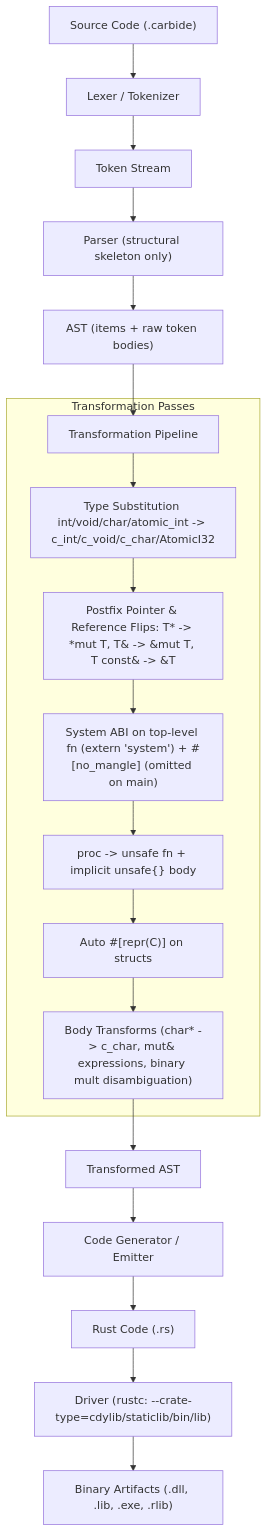
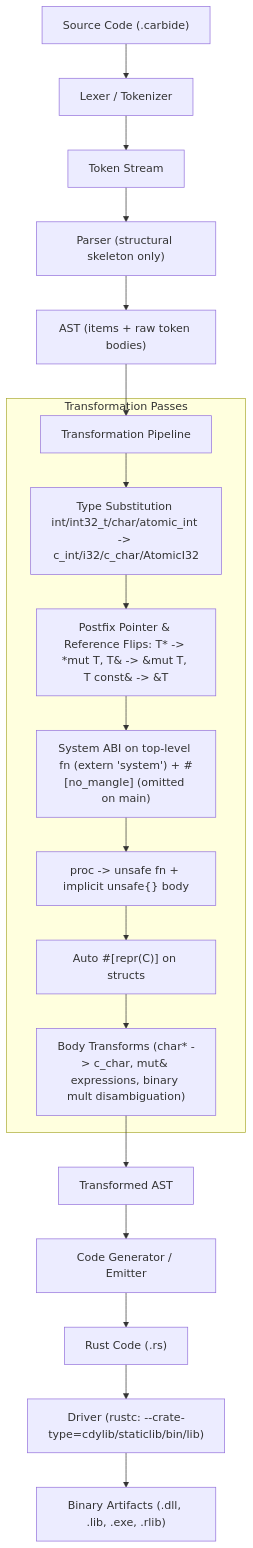
One commit to xyzzyapps/carbide changed the diagram in README.md. Above: the diagram before and after it, drawn with Mermaid. The commit also changed other lines of this file and 9 other files, not shown here.

````diff
--- a/README.md
+++ b/README.md
@@ -13,24 +13,24 @@
 ```mermaid
 graph TD
     Source["Source Code (.carbide)"] --> Lexer[Lexer / Tokenizer]
     Lexer --> Tokens[Token Stream]
     Tokens --> Parser["Parser (structural skeleton only)"]
     Parser --> AST["AST (items + raw token bodies)"]
     AST --> Transform[Transformation Pipeline]
 
     subgraph Transformation Passes
-        Transform --> Pass1[Type Substitution int/void/char/atomic_int -> c_int/c_void/c_char/AtomicI32]
+        Transform --> Pass1[Type Substitution int/int32_t/char/atomic_int -> c_int/i32/c_char/AtomicI32]
         Pass1 --> Pass2["Postfix Pointer & Reference Flips: T* -> *mut T, T& -> &mut T, T const& -> &T"]
         Pass2 --> Pass3["System ABI on top-level fn (extern 'system') + #[no_mangle] (omitted on main)"]
         Pass3 --> Pass4["proc -> unsafe fn + implicit unsafe{} body"]
         Pass4 --> Pass5["Auto #[repr(C)] on structs"]
         Pass5 --> Pass6["Body Transforms (char* -> c_char, mut& expressions, binary mult disambiguation)"]
     end
 
     Pass6 --> TransAST[Transformed AST]
     TransAST --> Emitter[Code Generator / Emitter]
     Emitter --> Output["Rust Code (.rs)"]
 
     Output --> Driver["Driver (rustc: --crate-type=cdylib/staticlib/bin/lib)"]
     Driver --> Artifacts["Binary Artifacts (.dll, .lib, .exe, .rlib)"]
 ```
````
